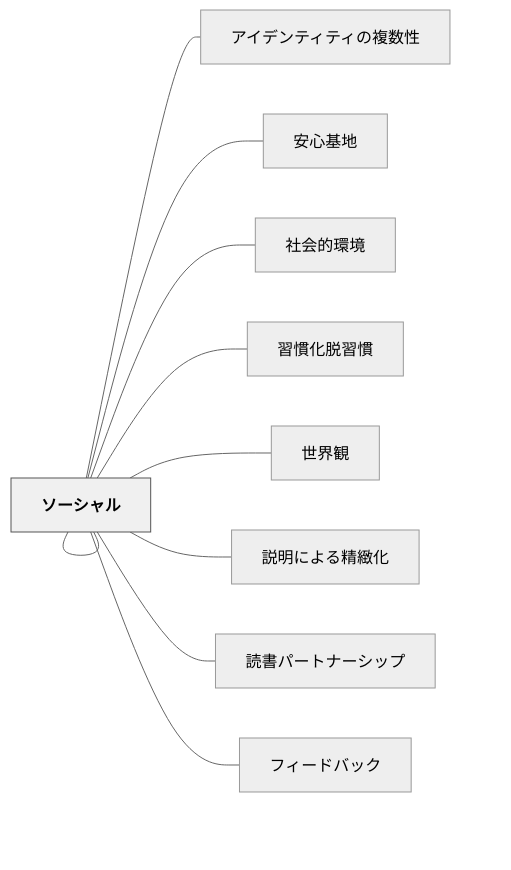
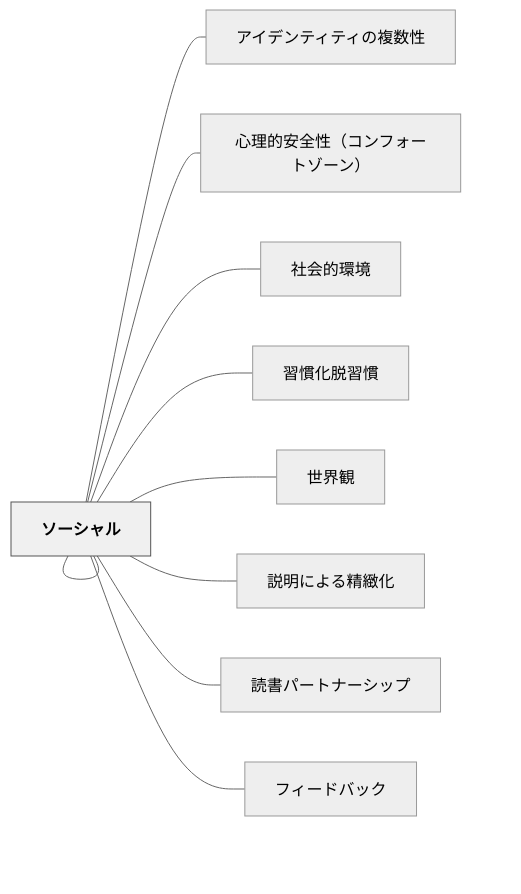
The diagram in content/パタン/ソーシャル.md (unknownthings-ed-patterns/unknownthings-ed-patterns), drawn with Mermaid (neutral theme) before and after one commit. The commit also changed other lines of this file and 30 other files, not shown here.

````diff
--- a/content/パタン/ソーシャル.md
+++ b/content/パタン/ソーシャル.md
@@ -103,26 +103,26 @@
 ```mermaid
 flowchart LR
     ne382bde383bce382b7e383a3e383ab["ソーシャル"]
     ne382a2e382a4e38387e383b3e38386e382a3e38386e382a3e381aee8a487e695b0e680a7["アイデンティティの複数性"]
-    ne5ae89e5bf83e59fbae59cb0["安心基地"]
+    ne5bf83e79086e79a84e5ae89e585a8e680a7efbc88e382b3e383b3e38395e382a9e383bce38388e382bee383bce383b3efbc89["心理的安全性（コンフォートゾーン）"]
     ne7a4bee4bc9ae79a84e792b0e5a283["社会的環境"]
     ne7bf92e685a3e58c96e884b1e7bf92e685a3["習慣化脱習慣"]
     ne4b896e7958ce8a6b3["世界観"]
     ne8aaace6988ee381abe38288e3828be7b2bee7b7bbe58c96["説明による精緻化"]
     ne8aaade69bb8e38391e383bce38388e3838ae383bce382b7e38383e38397["読書パートナーシップ"]
     ne38395e382a3e383bce38389e38390e38383e382af["フィードバック"]
     ne382bde383bce382b7e383a3e383ab["ソーシャル"]
 
     ne382bde383bce382b7e383a3e383ab --- ne382a2e382a4e38387e383b3e38386e382a3e38386e382a3e381aee8a487e695b0e680a7
-    ne382bde383bce382b7e383a3e383ab --- ne5ae89e5bf83e59fbae59cb0
+    ne382bde383bce382b7e383a3e383ab --- ne5bf83e79086e79a84e5ae89e585a8e680a7efbc88e382b3e383b3e38395e382a9e383bce38388e382bee383bce383b3efbc89
     ne382bde383bce382b7e383a3e383ab --- ne7a4bee4bc9ae79a84e792b0e5a283
     ne382bde383bce382b7e383a3e383ab --- ne7bf92e685a3e58c96e884b1e7bf92e685a3
     ne382bde383bce382b7e383a3e383ab --- ne4b896e7958ce8a6b3
     ne382bde383bce382b7e383a3e383ab --- ne8aaace6988ee381abe38288e3828be7b2bee7b7bbe58c96
     ne382bde383bce382b7e383a3e383ab --- ne8aaade69bb8e38391e383bce38388e3838ae383bce382b7e38383e38397
     ne382bde383bce382b7e383a3e383ab --- ne38395e382a3e383bce38389e38390e38383e382af
     ne382bde383bce382b7e383a3e383ab --- ne382bde383bce382b7e383a3e383ab
 
     classDef hub fill:#f0f0f0,stroke:#555,color:#000,font-weight:bold
     class ne382bde383bce382b7e383a3e383ab hub
 ```
````
